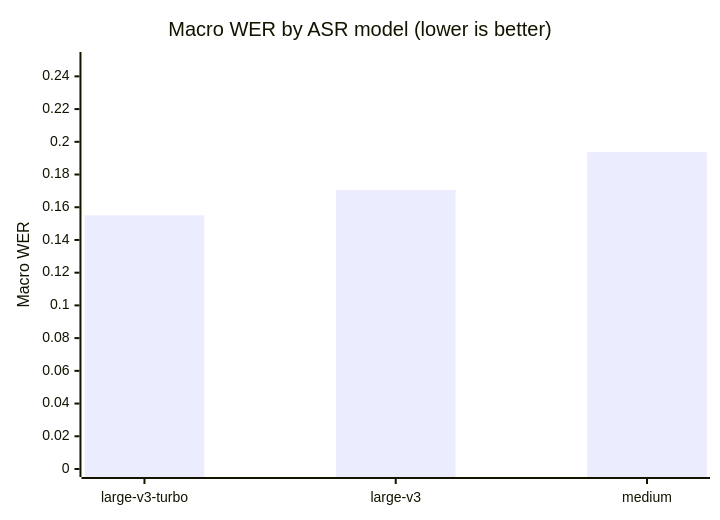
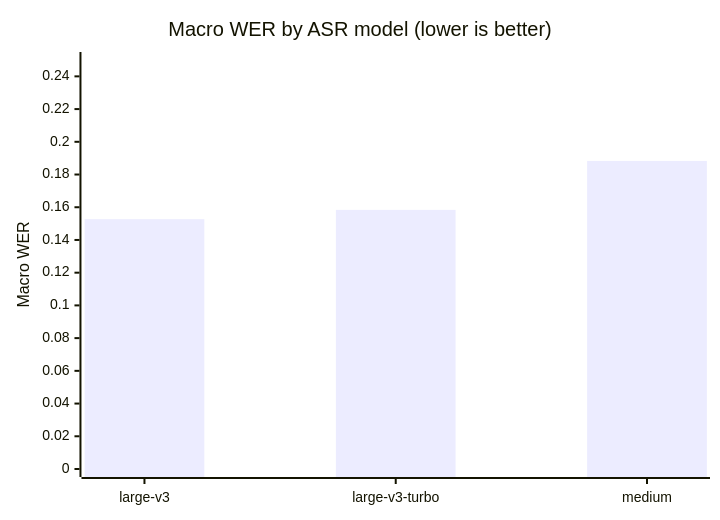
The first of 5 diagrams in docs/results.md (nkhaloo/speech-stack-benchmark), drawn with Mermaid before and after one commit. The commit also changed other lines of this file and 1 other file, not shown here.

````diff
--- a/docs/results.md
+++ b/docs/results.md
@@ -123,7 +132,7 @@
 ```mermaid
 xychart-beta
     title "Macro WER by ASR model (lower is better)"
-    x-axis ["large-v3-turbo", "large-v3", "medium"]
+    x-axis ["large-v3", "large-v3-turbo", "medium"]
     y-axis "Macro WER" 0 --> 0.25
-    bar [0.1551, 0.1705, 0.1937]
+    bar [0.1527, 0.1584, 0.1883]
 ```
````
